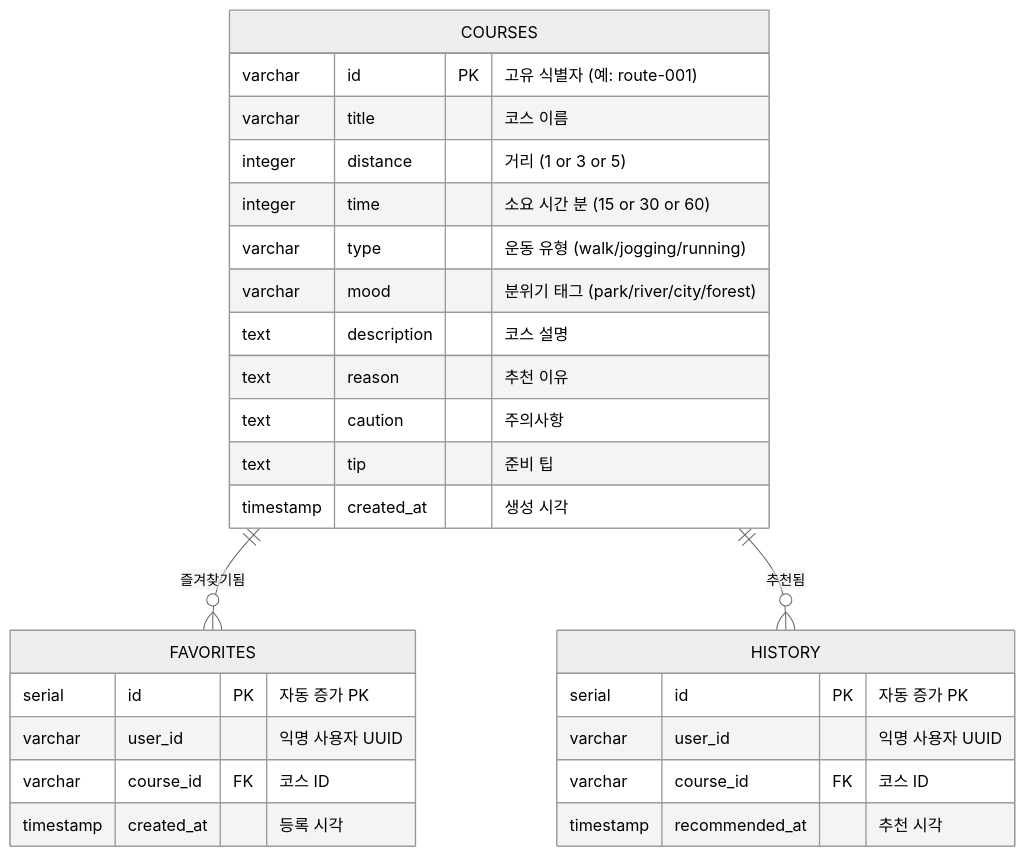
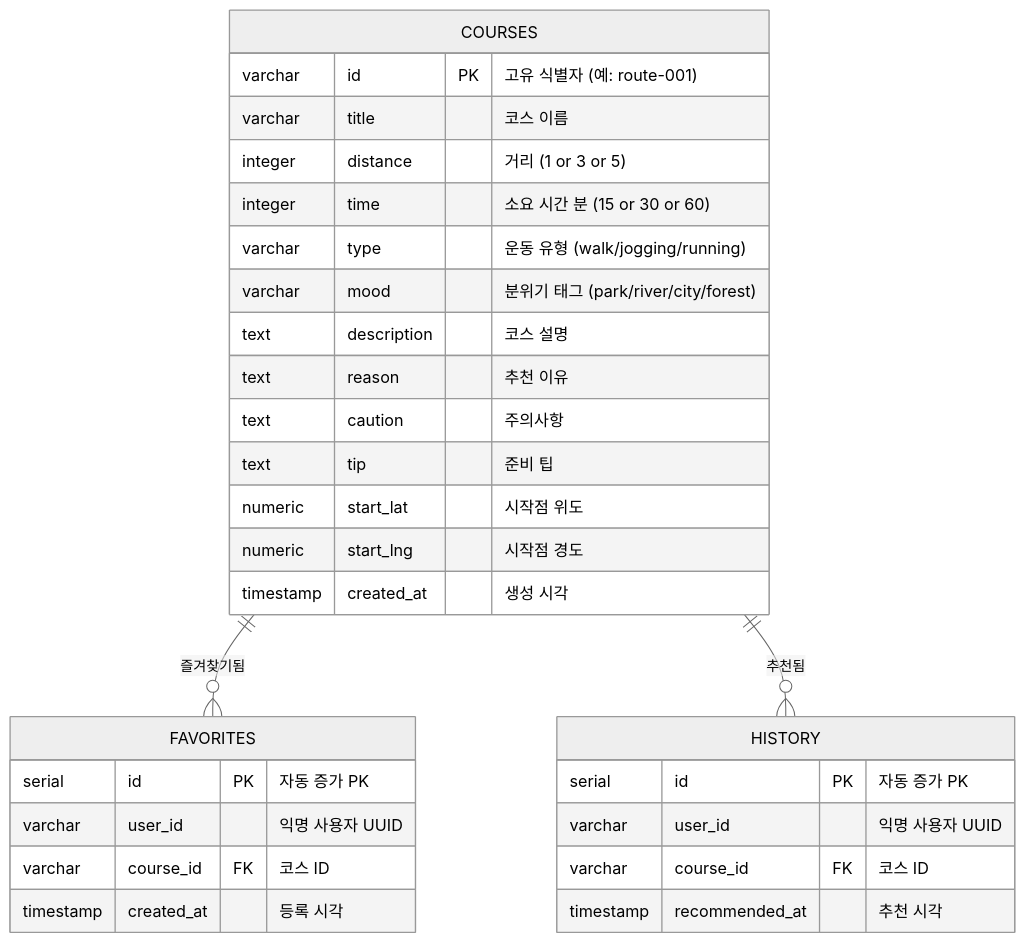
The first of 2 diagrams in docs/06-data-spec.md (yellow-pang/RWR-mini-project), drawn with Mermaid (neutral theme) before and after one commit. The commit also changed other lines of this file and 25 other files, not shown here.

````diff
--- a/docs/06-data-spec.md
+++ b/docs/06-data-spec.md
@@ -31,33 +39,35 @@
 ```mermaid
 erDiagram
     COURSES {
         varchar id PK "고유 식별자 (예: route-001)"
         varchar title "코스 이름"
         integer distance "거리 (1 or 3 or 5)"
         integer time "소요 시간 분 (15 or 30 or 60)"
         varchar type "운동 유형 (walk/jogging/running)"
         varchar mood "분위기 태그 (park/river/city/forest)"
         text description "코스 설명"
         text reason "추천 이유"
         text caution "주의사항"
         text tip "준비 팁"
+        numeric start_lat "시작점 위도"
+        numeric start_lng "시작점 경도"
         timestamp created_at "생성 시각"
     }
 
     FAVORITES {
         serial id PK "자동 증가 PK"
         varchar user_id "익명 사용자 UUID"
         varchar course_id FK "코스 ID"
         timestamp created_at "등록 시각"
     }
 
     HISTORY {
         serial id PK "자동 증가 PK"
         varchar user_id "익명 사용자 UUID"
         varchar course_id FK "코스 ID"
         timestamp recommended_at "추천 시각"
     }
 
     COURSES ||--o{ FAVORITES : "즐겨찾기됨"
     COURSES ||--o{ HISTORY : "추천됨"
 ```
````
